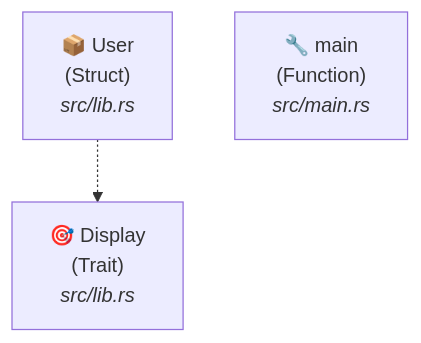
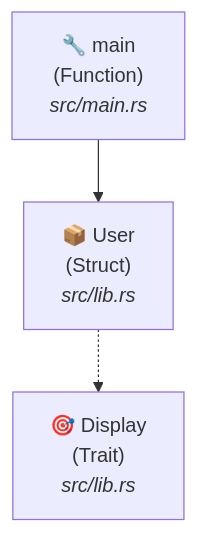
The first of 6 diagrams in README.md (that-in-rust/parseltongue), drawn with Mermaid before and after one commit. The commit also changed 11 other files, not shown here.

First line of the commit message:
Add call graph analysis: See actual execution flow relationships

````diff
--- a/README.md
+++ b/README.md
@@ -38,8 +38,9 @@
 ```mermaid
 flowchart TD
     Display["🎯 Display<br/>(Trait)<br/><i>src/lib.rs</i>"]
     User["📦 User<br/>(Struct)<br/><i>src/lib.rs</i>"]
     main["🔧 main<br/>(Function)<br/><i>src/main.rs</i>"]
 
+    main --> User
     User -.-> Display
 ```
````
